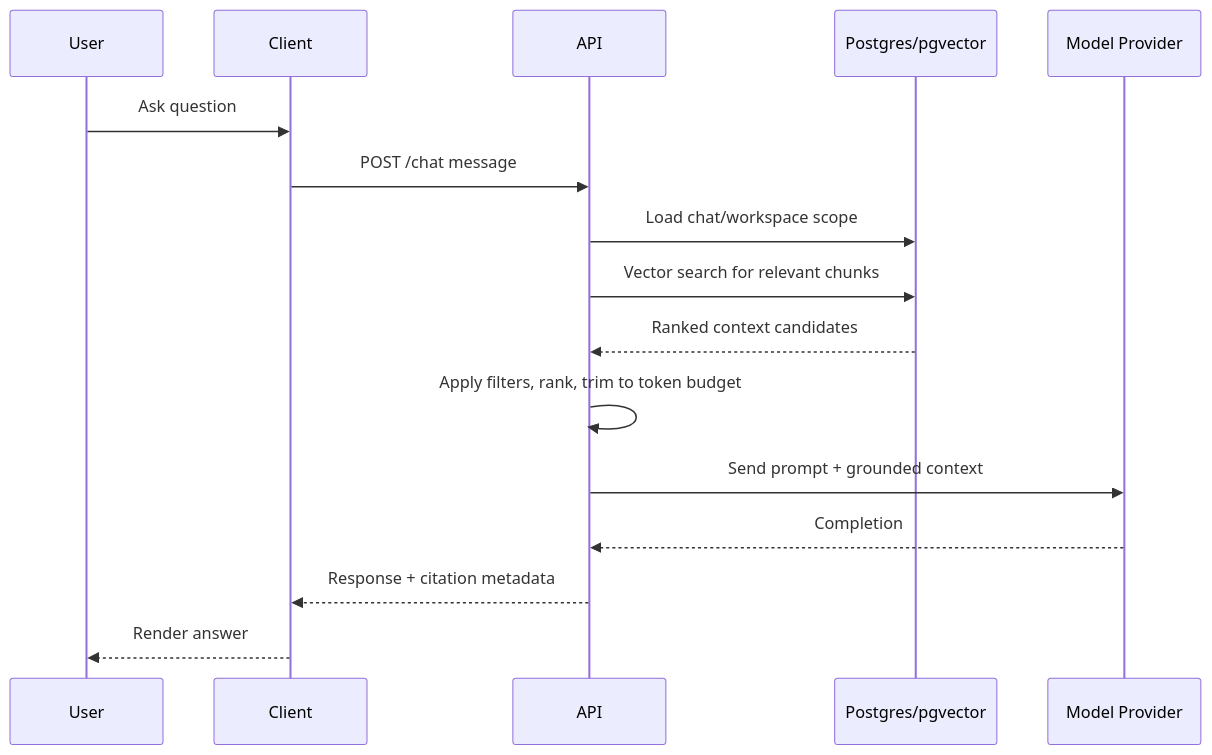
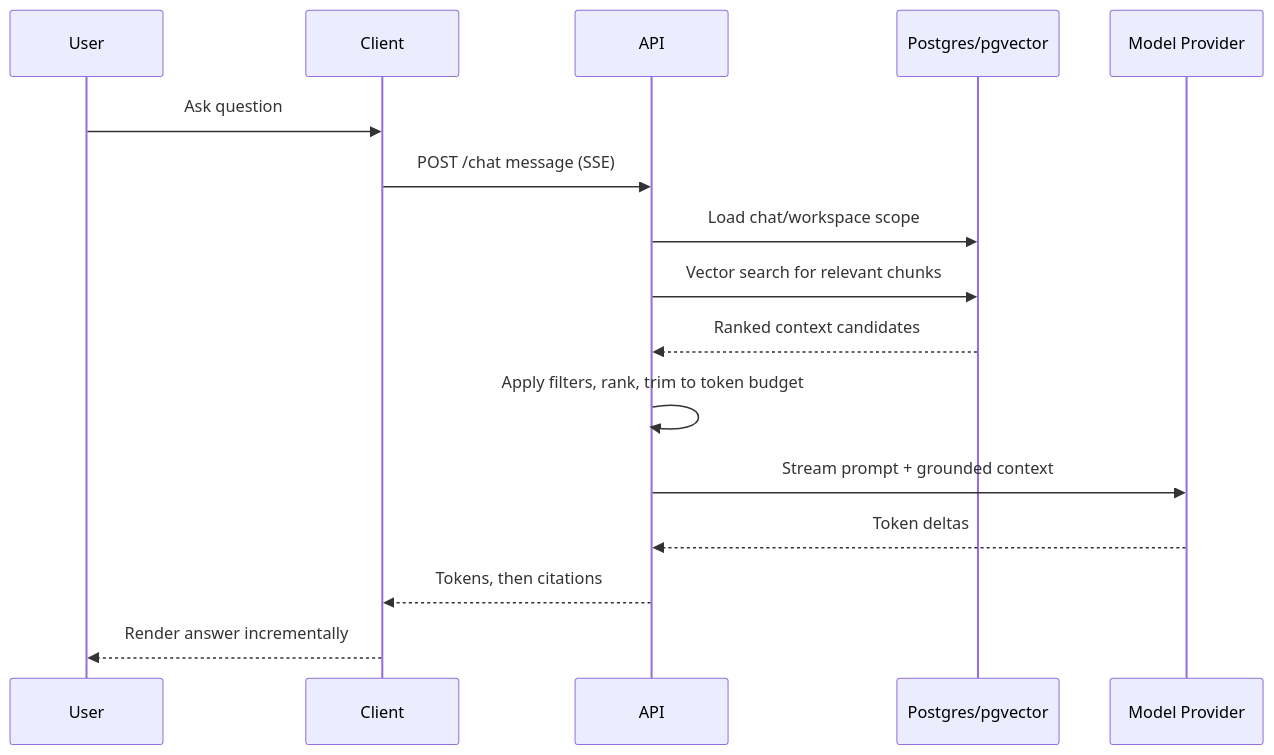
One commit to matzapata/explainit changed the second of 3 diagrams in docs/architecture.md. Above: the diagram before and after it, drawn with Mermaid. The commit also changed 13 other files, not shown here.

First line of the commit message:
feat(chat)!: stream answer tokens over SSE

````diff
--- a/docs/architecture.md
+++ b/docs/architecture.md
@@ -76,19 +76,19 @@
 ```mermaid
 sequenceDiagram
   participant U as User
   participant C as Client
   participant A as API
   participant D as Postgres/pgvector
   participant M as Model Provider
 
   U->>C: Ask question
-  C->>A: POST /chat message
+  C->>A: POST /chat message (SSE)
   A->>D: Load chat/workspace scope
   A->>D: Vector search for relevant chunks
   D-->>A: Ranked context candidates
   A->>A: Apply filters, rank, trim to token budget
-  A->>M: Send prompt + grounded context
-  M-->>A: Completion
-  A-->>C: Response + citation metadata
-  C-->>U: Render answer
+  A->>M: Stream prompt + grounded context
+  M-->>A: Token deltas
+  A-->>C: Tokens, then citations
+  C-->>U: Render answer incrementally
 ```
````
